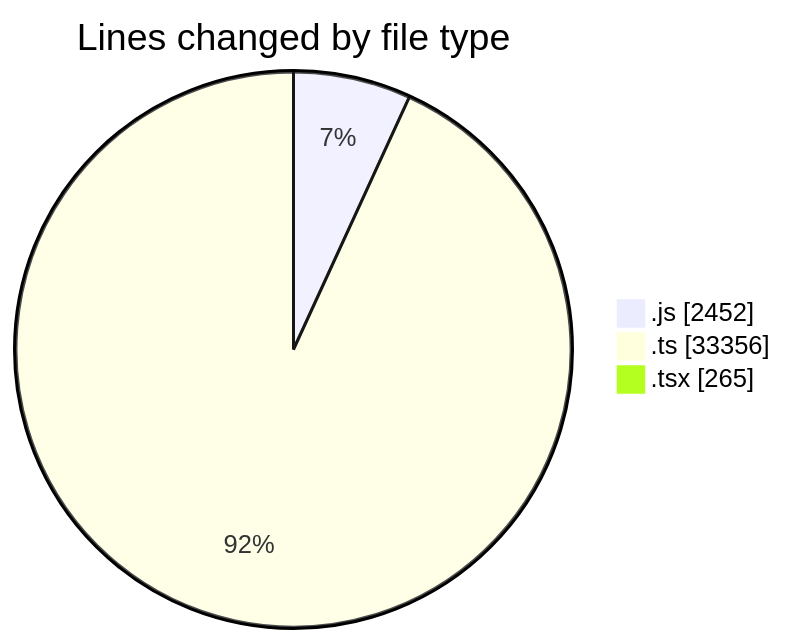
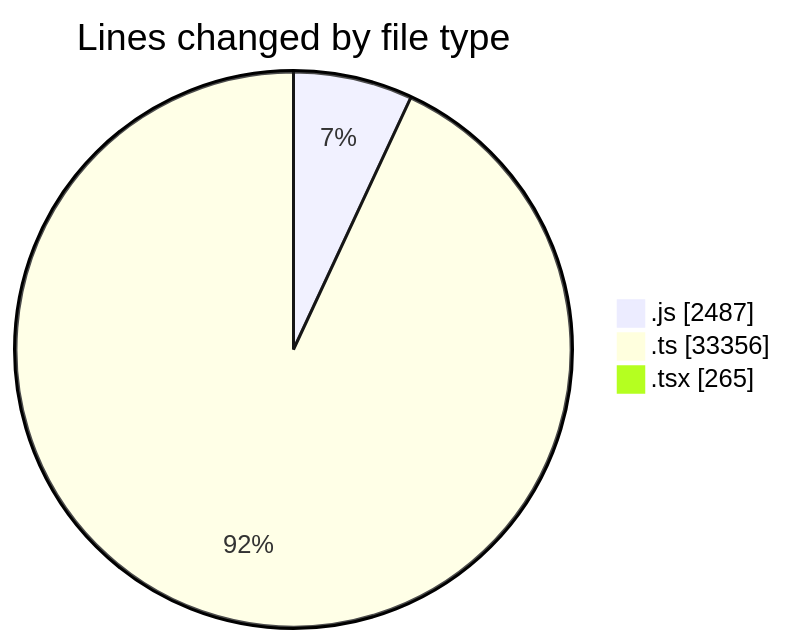
Before and after one commit to momahboobian/code-tracking: the first of 2 diagrams in 2026-02-09/cda/README.md, drawn with Mermaid. The commit also changed other lines of this file and 1 other file, not shown here.

````diff
--- a/2026-02-09/cda/README.md
+++ b/2026-02-09/cda/README.md
@@ -38,7 +38,7 @@
 ```mermaid
 pie showData
 title Lines changed by file type
-".js" : 2452
+".js" : 2487
 ".ts" : 33356
 ".tsx" : 265
 ```
````
